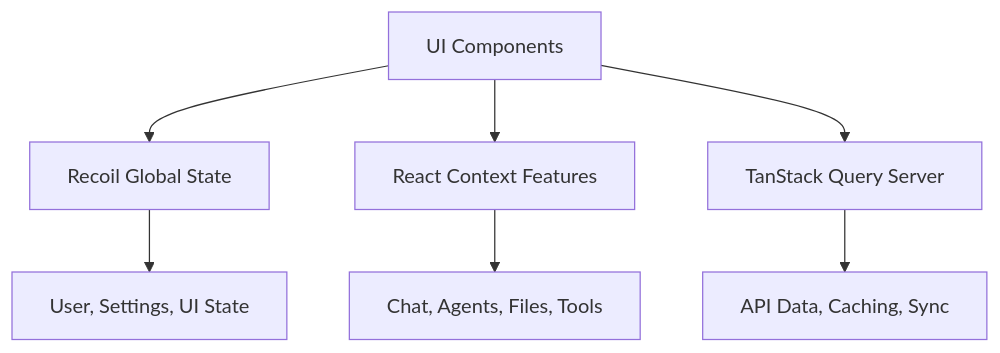
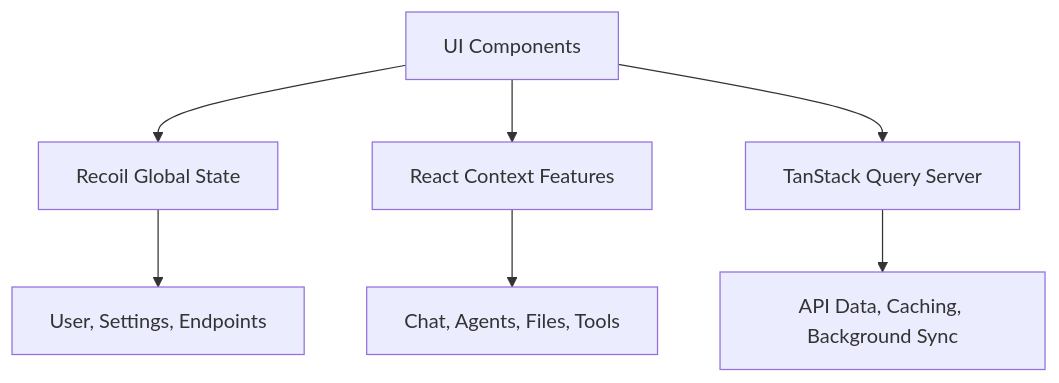
Before and after one commit to gannonh/agentis: the diagram in LibreChat/client/README.md, drawn with Mermaid. The commit also changed other lines of this file and 2 other files, not shown here.

````diff
--- a/LibreChat/client/README.md
+++ b/LibreChat/client/README.md
@@ -112,10 +88,10 @@
 ```mermaid
 graph TD
     A[UI Components] --> B[Recoil Global State]
-    A --> C[React Context Features]
+    A --> C[React Context Features]  
     A --> D[TanStack Query Server]
     
-    B --> E[User, Settings, UI State]
+    B --> E[User, Settings, Endpoints]
     C --> F[Chat, Agents, Files, Tools]
-    D --> G[API Data, Caching, Sync]
+    D --> G[API Data, Caching, Background Sync]
 ```
````
